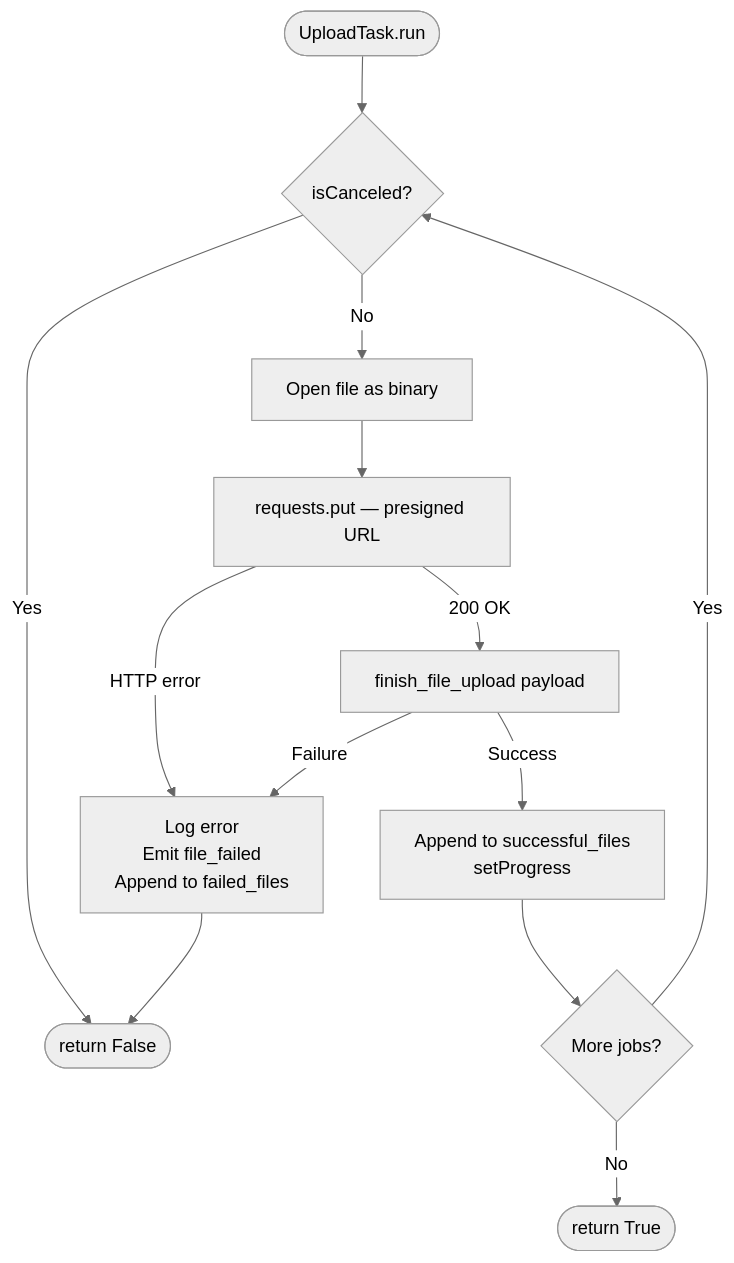
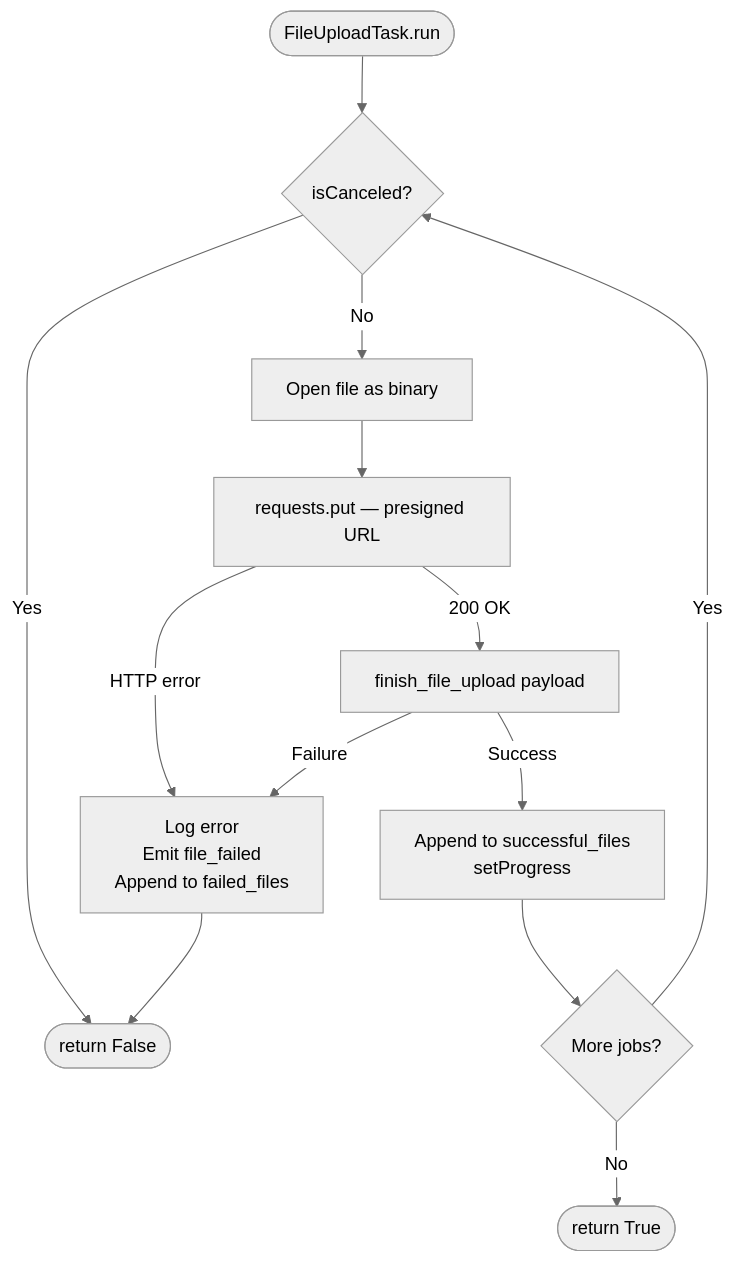
Before and after one commit to nens/rana-qgis-plugin: the second of 2 diagrams in doc/file_upload.md, drawn with Mermaid (neutral theme). The commit also changed other lines of this file and 52 other files, not shown here.

````diff
--- a/doc/file_upload.md
+++ b/doc/file_upload.md
@@ -53,15 +58,15 @@
 ```mermaid
 flowchart TD
-    Start([UploadTask.run]) --> A{isCanceled?}
+    Start([FileUploadTask.run]) --> A{isCanceled?}
     A -- Yes --> Abort([return False])
     A -- No --> B[Open file as binary]
     B --> C[requests.put — presigned URL]
     C -- HTTP error --> D[Log error\nEmit file_failed\nAppend to failed_files]
     D --> Abort
     C -- 200 OK --> E[finish_file_upload payload]
     E -- Failure --> D
     E -- Success --> F[Append to successful_files\nsetProgress]
     F --> G{More jobs?}
     G -- Yes --> A
     G -- No --> Done([return True])
 ```
````
